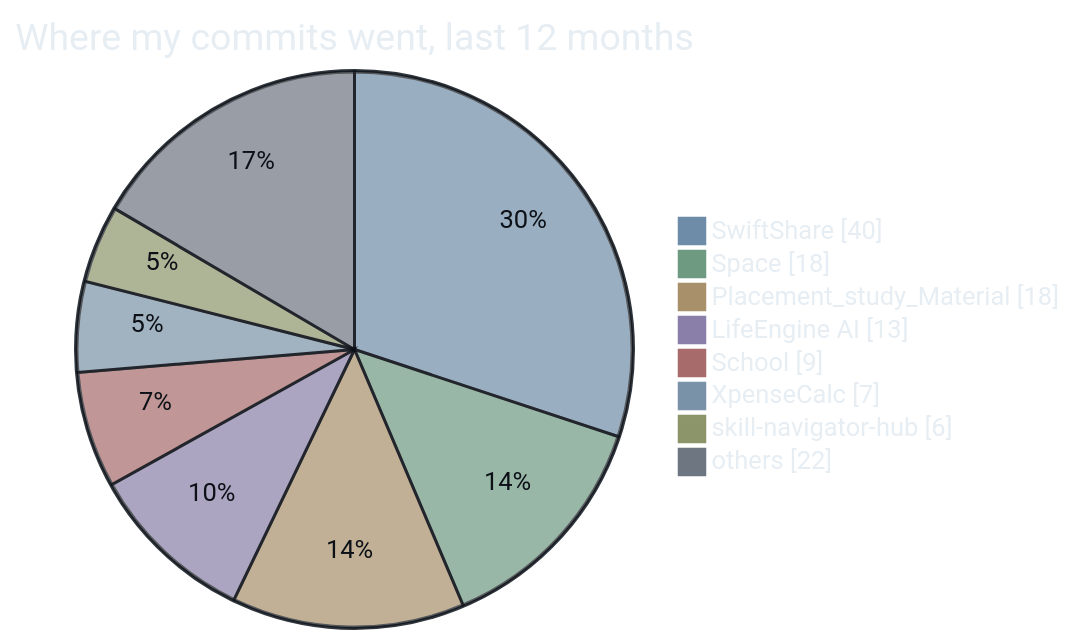
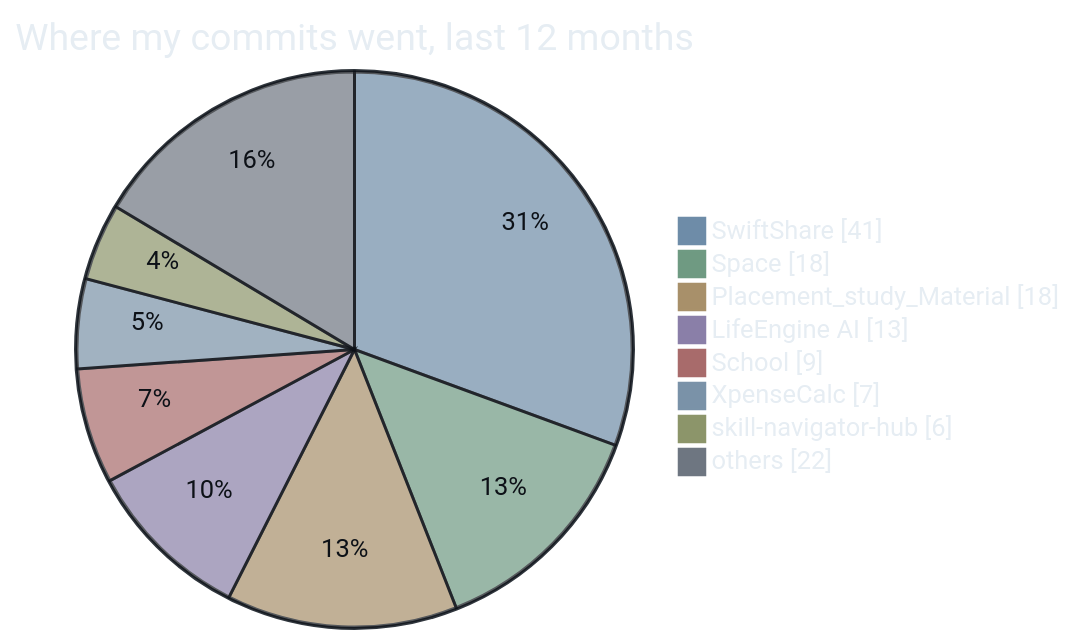
One commit to AyushPandey510/AyushPandey510 changed the seventh of 7 diagrams in README.md. Above: the diagram before and after it, drawn with Mermaid. The commit also changed other lines of this file and 10 other files, not shown here.

````diff
--- a/README.md
+++ b/README.md
@@ -187,12 +187,12 @@
 ```mermaid
 %%{init: {"theme":"base","themeVariables":{"pie1":"#6E8CA8","pie2":"#6F9A82","pie3":"#A8906A","pie4":"#8A7FA8","pie5":"#A86B6B","pie6":"#7A92A8","pie7":"#8C956A","pie8":"#6E7681","pieStrokeColor":"#0D1117","pieStrokeWidth":"2px","pieOuterStrokeColor":"#30363D","pieTitleTextColor":"#E6EDF3","pieSectionTextColor":"#0D1117","pieLegendTextColor":"#E6EDF3","fontFamily":"monospace"}}}%%
 pie showData title Where my commits went, last 12 months
-    "SwiftShare" : 40
+    "SwiftShare" : 41
     "Space" : 18
     "Placement_study_Material" : 18
     "LifeEngine AI" : 13
     "School" : 9
     "XpenseCalc" : 7
     "skill-navigator-hub" : 6
     "others" : 22
 ```
````
